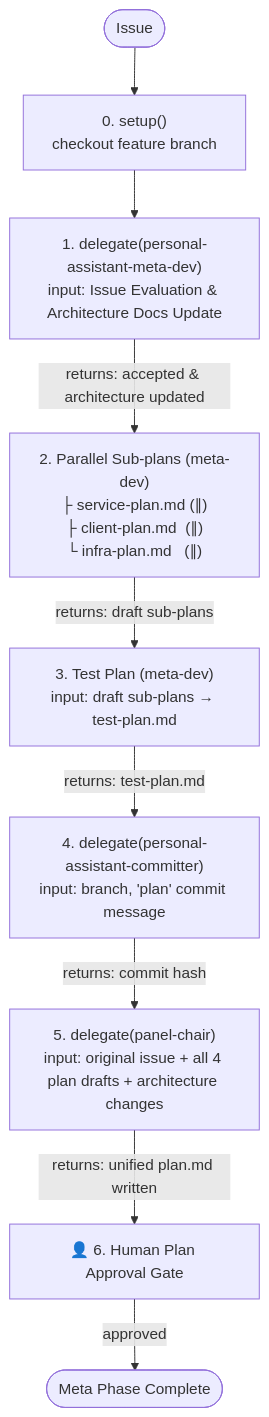
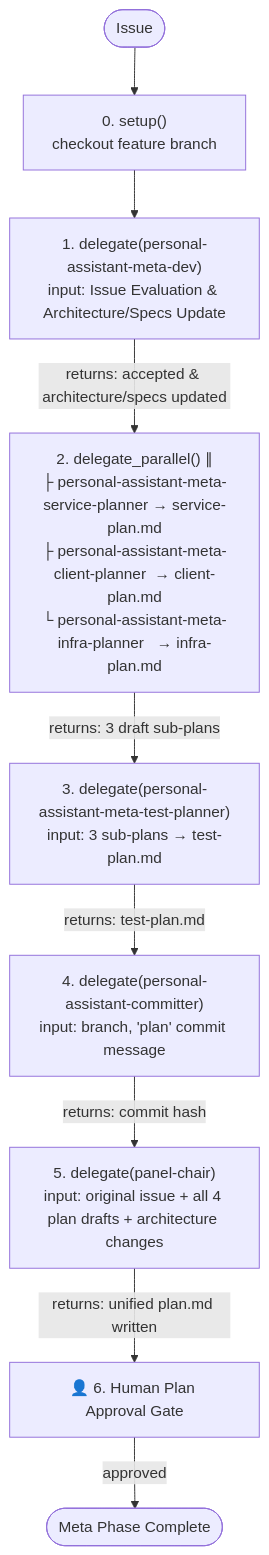
Before and after one commit to T-1009/personal-assistant: the diagram in .opencode/agents/personal-assistant-meta-manager.md, drawn with Mermaid. The commit also changed other lines of this file and 6 other files, not shown here.

First line of the commit message:
feat: split meta-dev into specialized domain planners for parallel plan drafting

````diff
--- a/.opencode/agents/personal-assistant-meta-manager.md
+++ b/.opencode/agents/personal-assistant-meta-manager.md
@@ -35,20 +39,20 @@
 ```mermaid
 flowchart TD
     START(["Issue"])
 
     START --> S0["0. setup()<br/>checkout feature branch"]
 
-    S0 --> S1["1. delegate(personal-assistant-meta-dev)<br/>input: Issue Evaluation & Architecture Docs Update"]
+    S0 --> S1["1. delegate(personal-assistant-meta-dev)<br/>input: Issue Evaluation & Architecture/Specs Update"]
 
-    S1 -- "returns: accepted & architecture updated" --> S2["2. Parallel Sub-plans (meta-dev)<br/>├ service-plan.md (∥)<br/>├ client-plan.md  (∥)<br/>└ infra-plan.md   (∥)"]
+    S1 -- "returns: accepted & architecture/specs updated" --> S2["2. delegate_parallel() ∥<br/>├ personal-assistant-meta-service-planner → service-plan.md<br/>├ personal-assistant-meta-client-planner  → client-plan.md<br/>└ personal-assistant-meta-infra-planner   → infra-plan.md"]
 
-    S2 -- "returns: draft sub-plans" --> S3["3. Test Plan (meta-dev)<br/>input: draft sub-plans → test-plan.md"]
+    S2 -- "returns: 3 draft sub-plans" --> S3["3. delegate(personal-assistant-meta-test-planner)<br/>input: 3 sub-plans → test-plan.md"]
 
     S3 -- "returns: test-plan.md" --> S4["4. delegate(personal-assistant-committer)<br/>input: branch, 'plan' commit message"]
 
     S4 -- "returns: commit hash" --> S5["5. delegate(panel-chair)<br/>input: original issue + all 4 plan drafts + architecture changes"]
 
     S5 -- "returns: unified plan.md written" --> HUMAN_APPROVAL["👤 6. Human Plan Approval Gate"]
 
     HUMAN_APPROVAL -- "approved" --> DONE(["Meta Phase Complete"])
 ```
````
